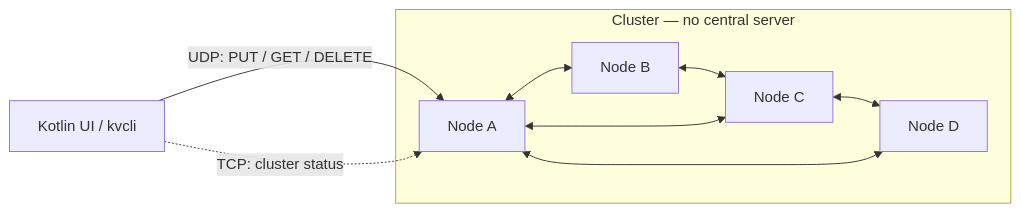
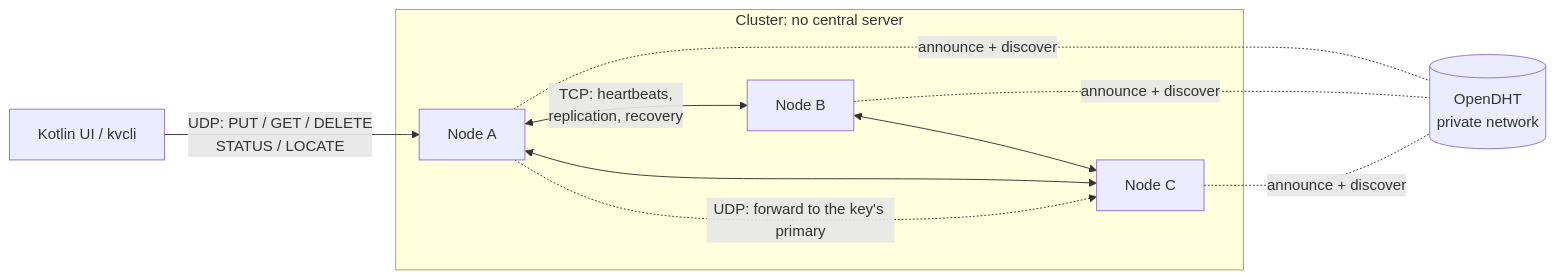
Before and after one commit to vasilev-anri/distributed_key-value_database: the diagram in README.md, drawn with Mermaid. The commit also changed other lines of this file and 1 other file, not shown here.

````diff
--- a/README.md
+++ b/README.md
@@ -44,19 +18,19 @@
 ```mermaid
 flowchart LR
     UI["Kotlin UI / kvcli"]
 
-    subgraph Cluster["Cluster — no central server"]
+    subgraph Cluster["Cluster: no central server"]
         A["Node A"]
         B["Node B"]
         C["Node C"]
-        D["Node D"]
-        A <--> B
+        A <-- "TCP: heartbeats,<br/>replication, recovery" --> B
         B <--> C
-        C <--> D
-        D <--> A
         A <--> C
     end
 
-    UI -- "UDP: PUT / GET / DELETE" --> A
-    UI -. "TCP: cluster status" .-> A
+    DHT[("OpenDHT<br/>private network")]
+
+    UI -- "UDP: PUT / GET / DELETE<br/>STATUS / LOCATE" --> A
+    A -. "UDP: forward to the key's primary" .-> C
+    A & B & C -. "announce + discover" .- DHT
 ```
````
